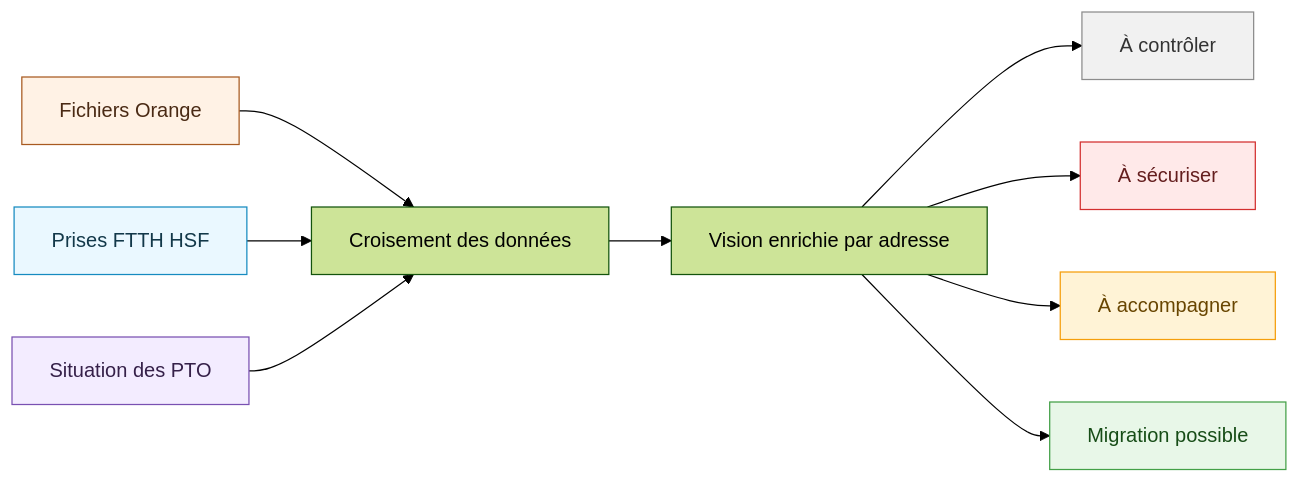
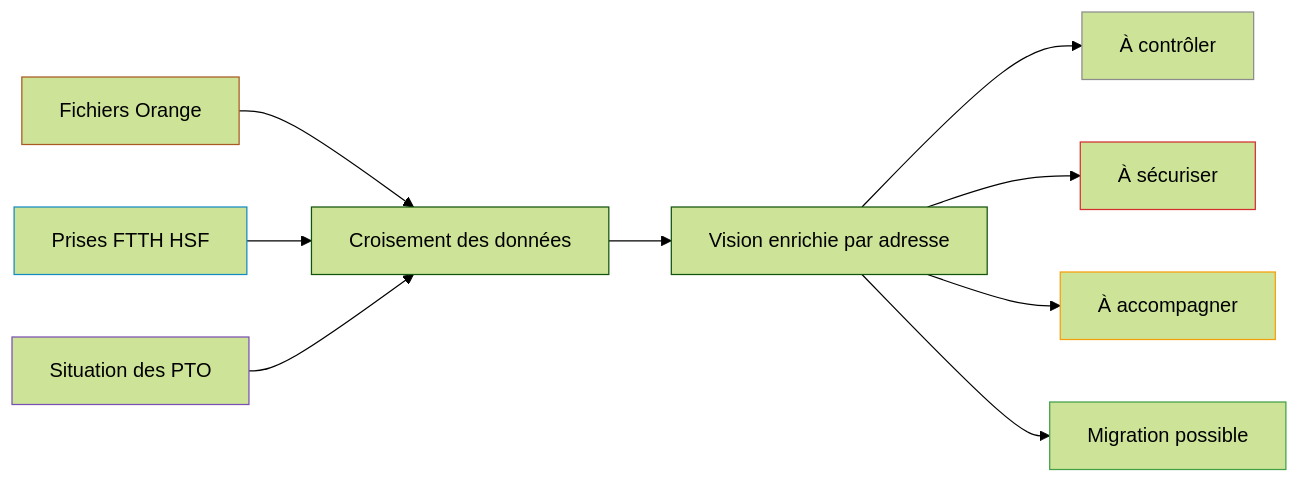
Before and after one commit to erw-1/hsn-docs: the first of 3 diagrams in content/portable.md, drawn with Mermaid (forest theme). The commit also changed other lines of this file and 2 other files, not shown here.

````diff
--- a/content/portable.md
+++ b/content/portable.md
@@ -76,31 +76,31 @@
 ```mermaid
 flowchart LR
     O["Fichiers Orange"] --> C["Croisement des données"]
     H["Prises FTTH HSF"] --> C
     P["Situation des PTO"] --> C
 
     C --> V["Vision enrichie par adresse"]
 
     V --> R1["À contrôler"]
     V --> R2["À sécuriser"]
     V --> R3["À accompagner"]
     V --> R4["Migration possible"]
 
-    classDef sourceOrange fill:#fff2e5,stroke:#a85a20,color:#4a2a14
-    classDef sourceHsf fill:#eaf8ff,stroke:#168bc0,color:#123849
-    classDef sourcePto fill:#f3ecff,stroke:#7950b2,color:#352049
+    classDef sourceOrange stroke:#a85a20
+    classDef sourceHsf stroke:#168bc0
+    classDef sourcePto stroke:#7950b2
 
-    classDef control fill:#f1f1f1,stroke:#8c8c8c,color:#333333
-    classDef secure fill:#ffe9e9,stroke:#d32f2f,color:#641e1e
-    classDef accompany fill:#fff3d6,stroke:#f59e0b,color:#684500
-    classDef possible fill:#e8f7e8,stroke:#43a047,color:#174d17
+    classDef control stroke:#8c8c8c
+    classDef secure stroke:#d32f2f
+    classDef accompany stroke:#f59e0b
+    classDef possible stroke:#43a047
 
     class O sourceOrange
     class H sourceHsf
     class P sourcePto
 
     class R1 control
     class R2 secure
     class R3 accompany
     class R4 possible
 ```
````
